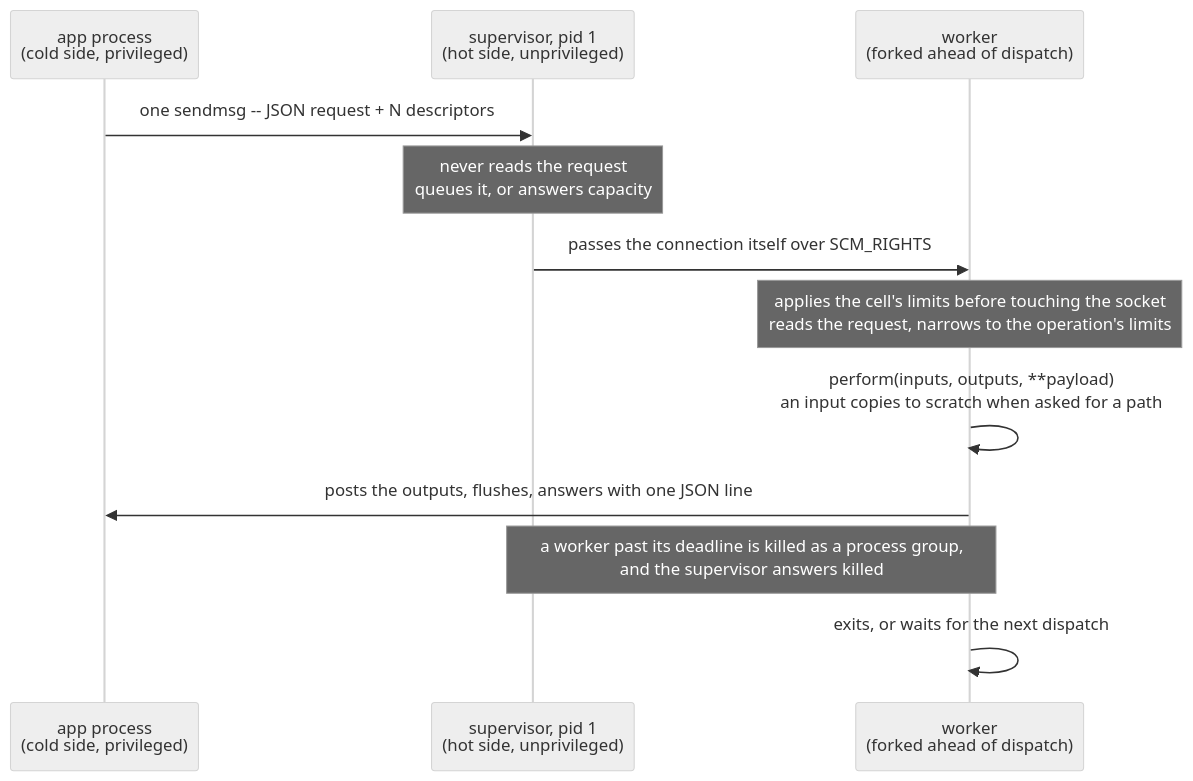
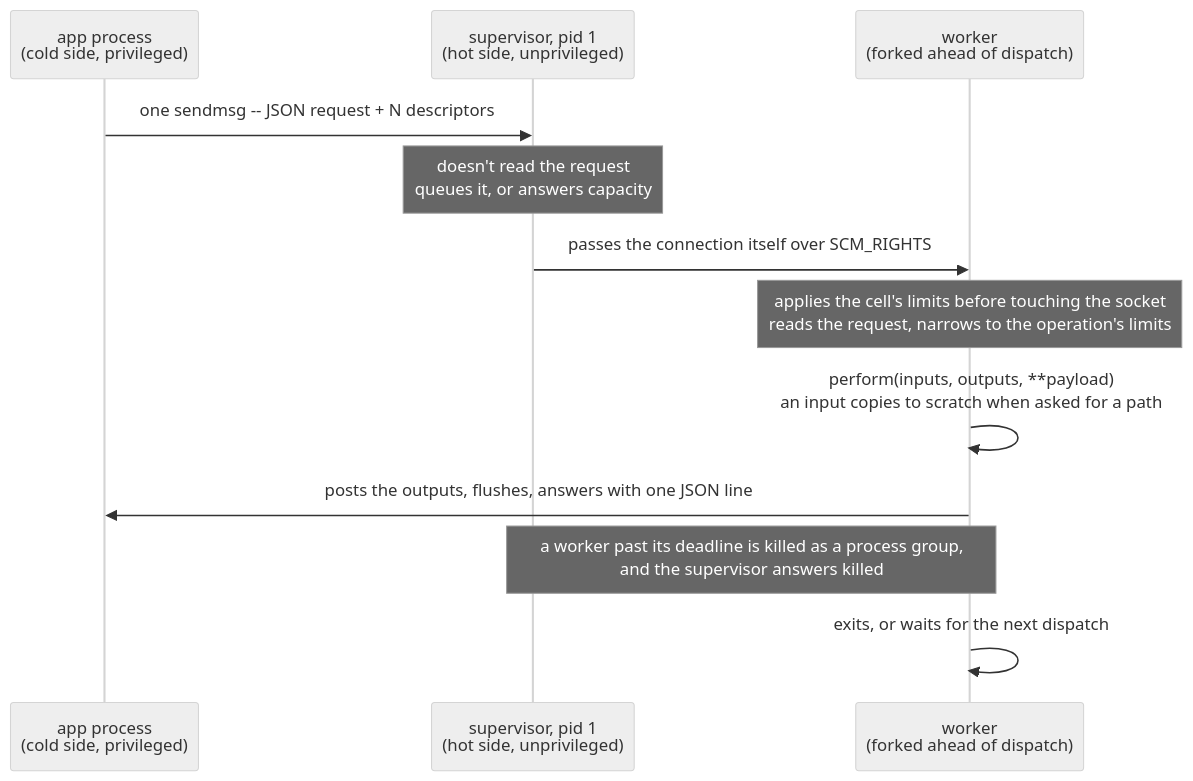
One commit to basecamp/hotcell changed the diagram in docs/request-lifecycle.md. Above: the diagram before and after it, drawn with Mermaid (neutral theme). The commit also changed 6 other files, not shown here.

````diff
--- a/docs/request-lifecycle.md
+++ b/docs/request-lifecycle.md
@@ -19,15 +19,15 @@
 ```mermaid
 sequenceDiagram
     participant App as app process<br>(cold side, privileged)
     participant Supervisor as supervisor, pid 1<br>(hot side, unprivileged)
     participant Worker as worker<br>(forked ahead of dispatch)
 
     App->>Supervisor: one sendmsg -- JSON request + N descriptors
-    note over Supervisor: never reads the request<br>queues it, or answers capacity
+    note over Supervisor: doesn't read the request<br>queues it, or answers capacity
     Supervisor->>Worker: passes the connection itself over SCM_RIGHTS
     note over Worker: applies the cell's limits before touching the socket<br>reads the request, narrows to the operation's limits
     Worker->>Worker: perform(inputs, outputs, **payload)<br>an input copies to scratch when asked for a path
     Worker->>App: posts the outputs, flushes, answers with one JSON line
     note over Supervisor,Worker: a worker past its deadline is killed as a process group,<br>and the supervisor answers killed
     Worker->>Worker: exits, or waits for the next dispatch
 ```
````
